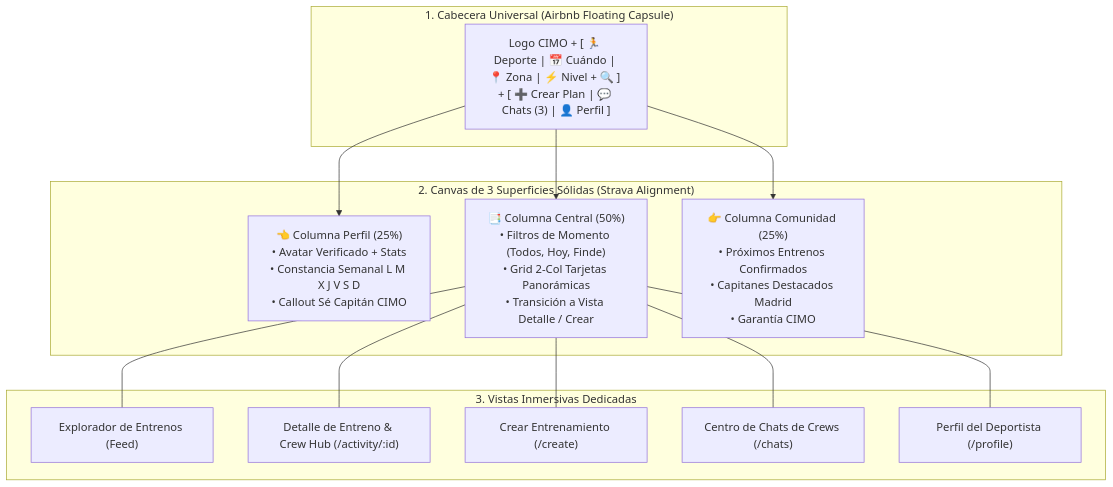
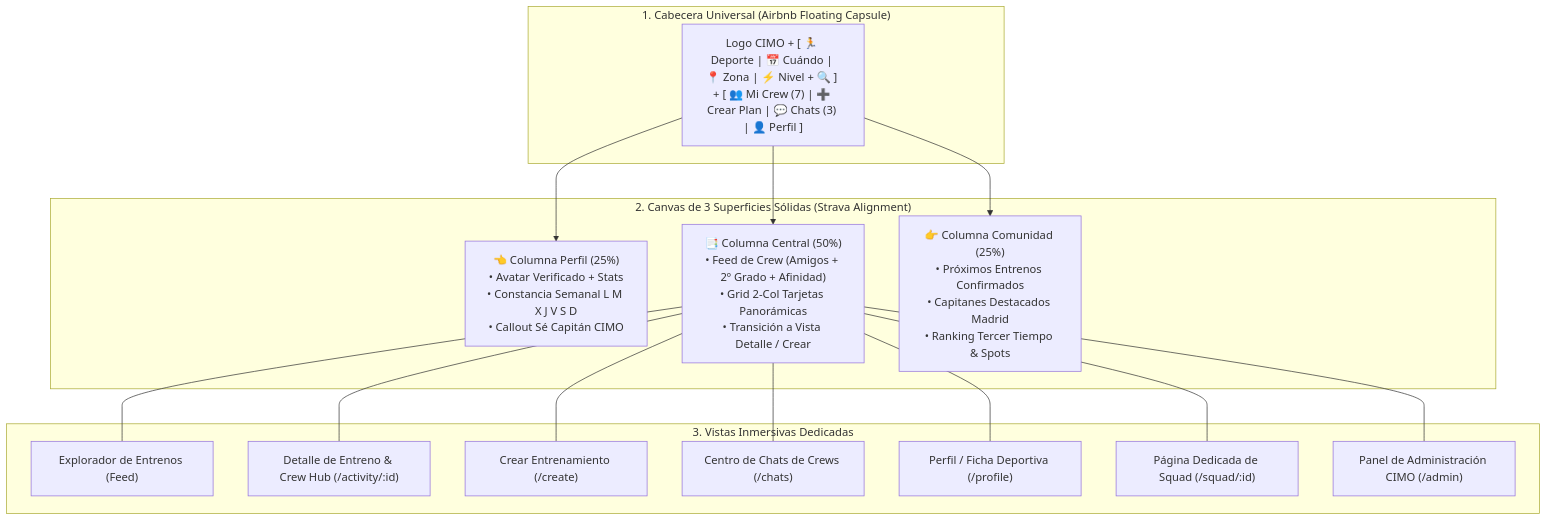
The diagram in tracks/active/apps/2026-08-29-cimo-social-sports-platform.md (minoveaz/loopdev), drawn with Mermaid before and after one commit. The commit also changed other lines of this file, not shown here.

Commit message:
docs(cimo): update active track with comprehensive CIMO 2.5 roadmap - multi-degree feed, action photos, structured technical specs, integrations, squad hubs, third half rankings and admin panel

````diff
--- a/tracks/active/apps/2026-08-29-cimo-social-sports-platform.md
+++ b/tracks/active/apps/2026-08-29-cimo-social-sports-platform.md
@@ -42,29 +42,33 @@
 ```mermaid
 graph TD
     subgraph "1. Cabecera Universal (Airbnb Floating Capsule)"
-        HEADER["Logo CIMO + [ 🏃 Deporte | 📅 Cuándo | 📍 Zona | ⚡ Nivel + 🔍 ] + [ ➕ Crear Plan | 💬 Chats (3) | 👤 Perfil ]"]
+        HEADER["Logo CIMO + [ 🏃 Deporte | 📅 Cuándo | 📍 Zona | ⚡ Nivel + 🔍 ] + [ 👥 Mi Crew (7) | ➕ Crear Plan | 💬 Chats (3) | 👤 Perfil ]"]
     end
 
     subgraph "2. Canvas de 3 Superficies Sólidas (Strava Alignment)"
         COL_L["👈 Columna Perfil (25%)<br>• Avatar Verificado + Stats<br>• Constancia Semanal L M X J V S D<br>• Callout Sé Capitán CIMO"]
-        COL_C["📑 Columna Central (50%)<br>• Filtros de Momento (Todos, Hoy, Finde)<br>• Grid 2-Col Tarjetas Panorámicas<br>• Transición a Vista Detalle / Crear"]
-        COL_R["👉 Columna Comunidad (25%)<br>• Próximos Entrenos Confirmados<br>• Capitanes Destacados Madrid<br>• Garantía CIMO"]
+        COL_C["📑 Columna Central (50%)<br>• Feed de Crew (Amigos + 2º Grado + Afinidad)<br>• Grid 2-Col Tarjetas Panorámicas<br>• Transición a Vista Detalle / Crear"]
+        COL_R["👉 Columna Comunidad (25%)<br>• Próximos Entrenos Confirmados<br>• Capitanes Destacados Madrid<br>• Ranking Tercer Tiempo & Spots"]
     end
 
     subgraph "3. Vistas Inmersivas Dedicadas"
         V_FEED["Explorador de Entrenos (Feed)"]
         V_DETAIL["Detalle de Entreno & Crew Hub (/activity/:id)"]
         V_CREATE["Crear Entrenamiento (/create)"]
         V_CHATS["Centro de Chats de Crews (/chats)"]
-        V_PROFILE["Perfil del Deportista (/profile)"]
+        V_PROFILE["Perfil / Ficha Deportiva (/profile)"]
+        V_SQUAD["Página Dedicada de Squad (/squad/:id)"]
+        V_ADMIN["Panel de Administración CIMO (/admin)"]
     end
 
     HEADER --> COL_L
     HEADER --> COL_C
     HEADER --> COL_R
     COL_C --- V_FEED
     COL_C --- V_DETAIL
     COL_C --- V_CREATE
     COL_C --- V_CHATS
     COL_C --- V_PROFILE
+    COL_C --- V_SQUAD
+    COL_C --- V_ADMIN
 ```
````
